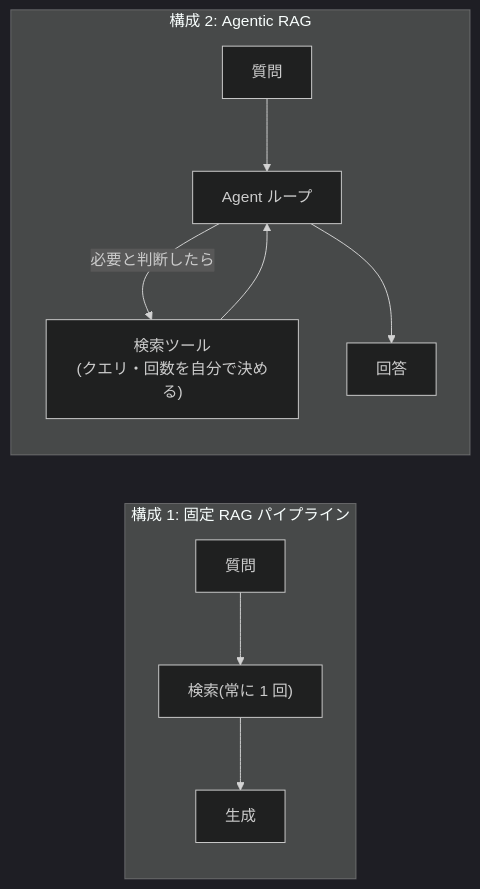
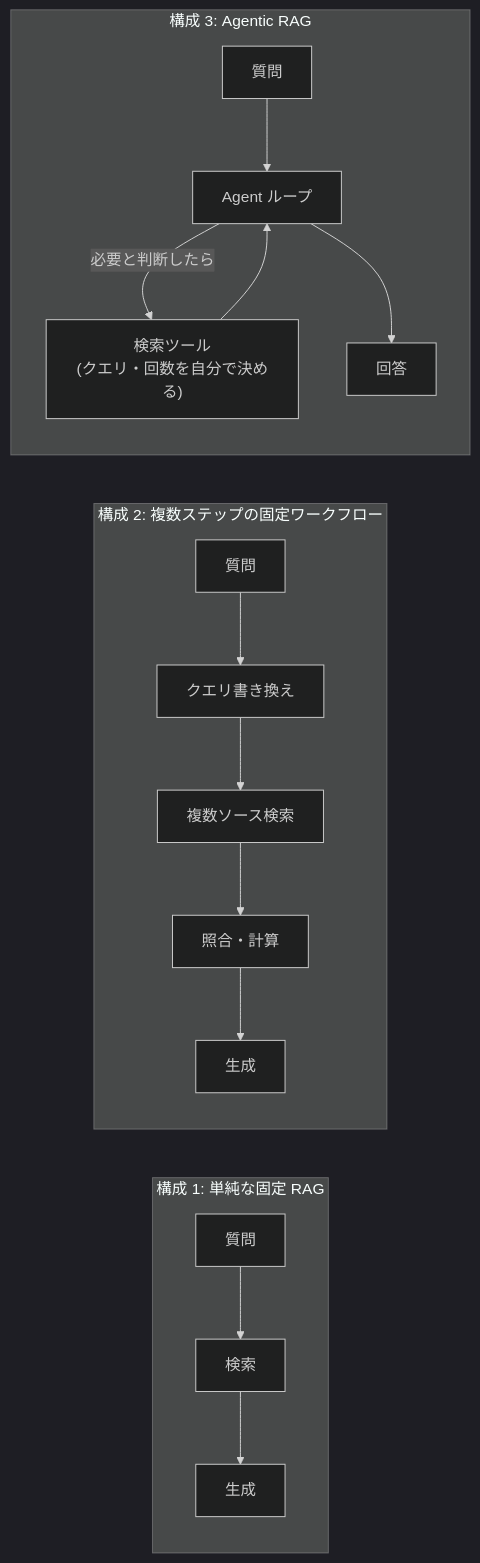
The diagram in docs/01-concepts/rag-vs-agent.md (pero3dev/ai-agent-library), drawn with Mermaid (dark theme) before and after one commit. The commit also changed other lines of this file and 147 other files, not shown here.

````diff
--- a/docs/01-concepts/rag-vs-agent.md
+++ b/docs/01-concepts/rag-vs-agent.md
@@ -36,12 +36,15 @@
 ```mermaid
 flowchart LR
-    subgraph P["構成 1: 固定 RAG パイプライン"]
-        Q1["質問"] --> S1["検索(常に 1 回)"] --> G1["生成"]
+    subgraph P["構成 1: 単純な固定 RAG"]
+        Q1["質問"] --> S1["検索"] --> G1["生成"]
     end
-    subgraph A["構成 2: Agentic RAG"]
+    subgraph W["構成 2: 複数ステップの固定ワークフロー"]
+        Q3["質問"] --> R3["クエリ書き換え"] --> S3["複数ソース検索"] --> C3["照合・計算"] --> G3["生成"]
+    end
+    subgraph A["構成 3: Agentic RAG"]
         Q2["質問"] --> L2["Agent ループ"]
         L2 -- "必要と判断したら" --> S2["検索ツール<br/>(クエリ・回数を自分で決める)"]
         S2 --> L2
         L2 --> G2["回答"]
     end
 ```
````
